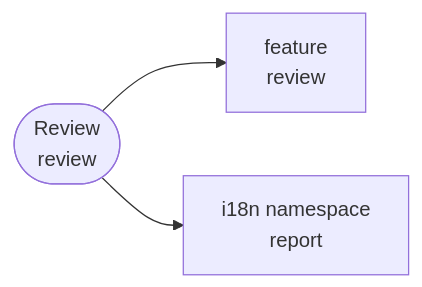
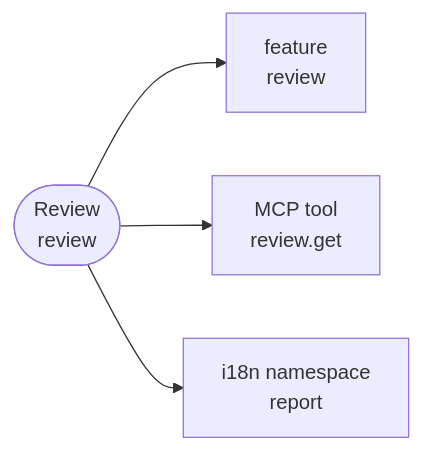
One commit to Dayopt/dayopt changed the eighth of 21 diagrams in docs/engineering/data/architecture-inventory.md. Above: the diagram before and after it, drawn with Mermaid. The commit also changed other lines of this file and 11 other files, not shown here.

````diff
--- a/docs/engineering/data/architecture-inventory.md
+++ b/docs/engineering/data/architecture-inventory.md
@@ -237,8 +244,10 @@
 ```mermaid
 graph LR
   concept(["Review<br/>review"])
   feature_review["feature<br/>review"]
   concept --> feature_review
+  mcp_tool_review_get["MCP tool<br/>review.get"]
+  concept --> mcp_tool_review_get
   i18n_namespace_report["i18n namespace<br/>report"]
   concept --> i18n_namespace_report
 ```
````
